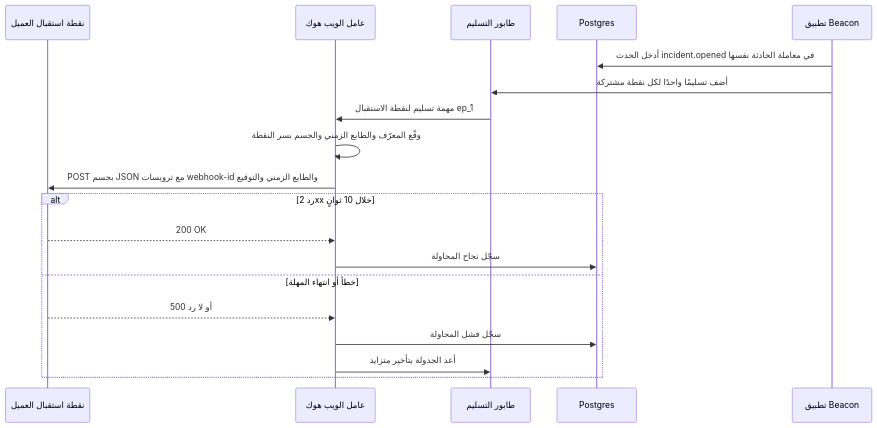
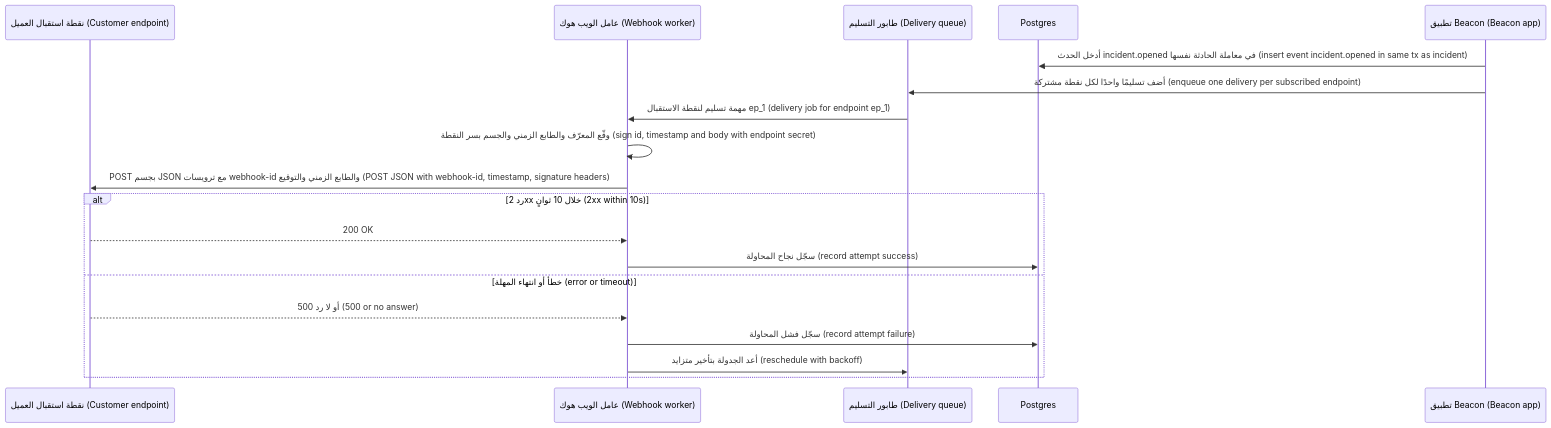
The third of 4 diagrams in saas/modules/05-background-integrations.ar.md (Tamoura/system-design-for-vibe-coders), drawn with Mermaid before and after one commit. The commit also changed other lines of this file and 62 other files, not shown here.

First line of the commit message:
Arabic editions: English on every diagram label, RTL fixes, rebuild

````diff
--- a/saas/modules/05-background-integrations.ar.md
+++ b/saas/modules/05-background-integrations.ar.md
@@ -602,21 +602,21 @@
 ```mermaid
 sequenceDiagram
-    participant C as نقطة استقبال العميل
-    participant W as عامل الويب هوك
-    participant Q as طابور التسليم
+    participant C as نقطة استقبال العميل (Customer endpoint)
+    participant W as عامل الويب هوك (Webhook worker)
+    participant Q as طابور التسليم (Delivery queue)
     participant DB as Postgres
-    participant App as تطبيق Beacon
-  App->>DB: أدخل الحدث incident.opened في معاملة الحادثة نفسها
-  App->>Q: أضف تسليمًا واحدًا لكل نقطة مشتركة
-  Q->>W: مهمة تسليم لنقطة الاستقبال ep_1
-  W->>W: وقّع المعرّف والطابع الزمني والجسم بسر النقطة
-  W->>C: POST بجسم JSON مع ترويسات webhook-id والطابع الزمني والتوقيع
-  alt رد 2xx خلال 10 ثوانٍ
+    participant App as تطبيق Beacon (Beacon app)
+  App->>DB: أدخل الحدث incident.opened في معاملة الحادثة نفسها (insert event incident.opened in same tx as incident)
+  App->>Q: أضف تسليمًا واحدًا لكل نقطة مشتركة (enqueue one delivery per subscribed endpoint)
+  Q->>W: مهمة تسليم لنقطة الاستقبال ep_1 (delivery job for endpoint ep_1)
+  W->>W: وقّع المعرّف والطابع الزمني والجسم بسر النقطة (sign id, timestamp and body with endpoint secret)
+  W->>C: POST بجسم JSON مع ترويسات webhook-id والطابع الزمني والتوقيع (POST JSON with webhook-id, timestamp, signature headers)
+  alt رد 2xx خلال 10 ثوانٍ (2xx within 10s)
     C-->>W: 200 OK
-    W->>DB: سجّل نجاح المحاولة
-  else خطأ أو انتهاء المهلة
-    C-->>W: 500 أو لا رد
-    W->>DB: سجّل فشل المحاولة
-    W->>Q: أعد الجدولة بتأخير متزايد
+    W->>DB: سجّل نجاح المحاولة (record attempt success)
+  else خطأ أو انتهاء المهلة (error or timeout)
+    C-->>W: 500 أو لا رد (500 or no answer)
+    W->>DB: سجّل فشل المحاولة (record attempt failure)
+    W->>Q: أعد الجدولة بتأخير متزايد (reschedule with backoff)
   end
 ```
````
